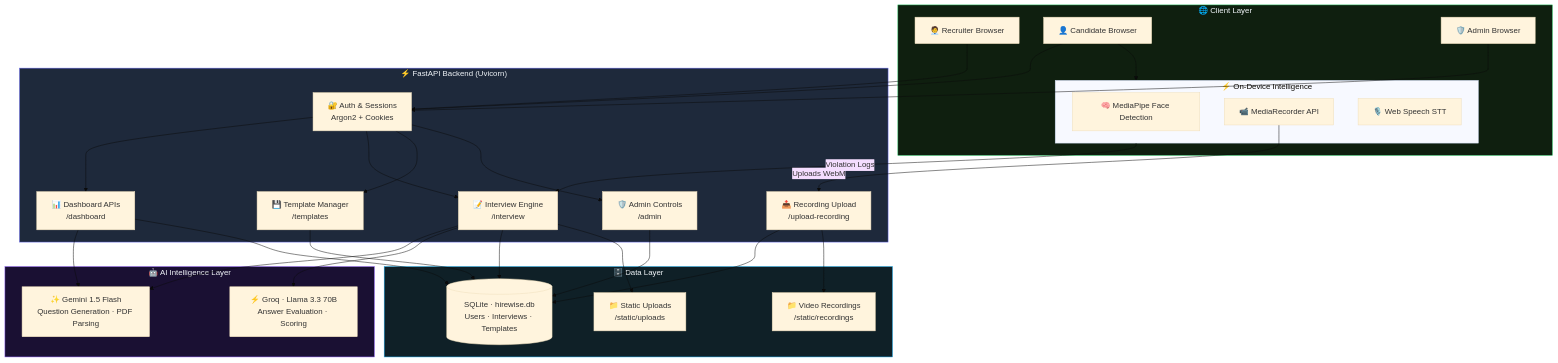
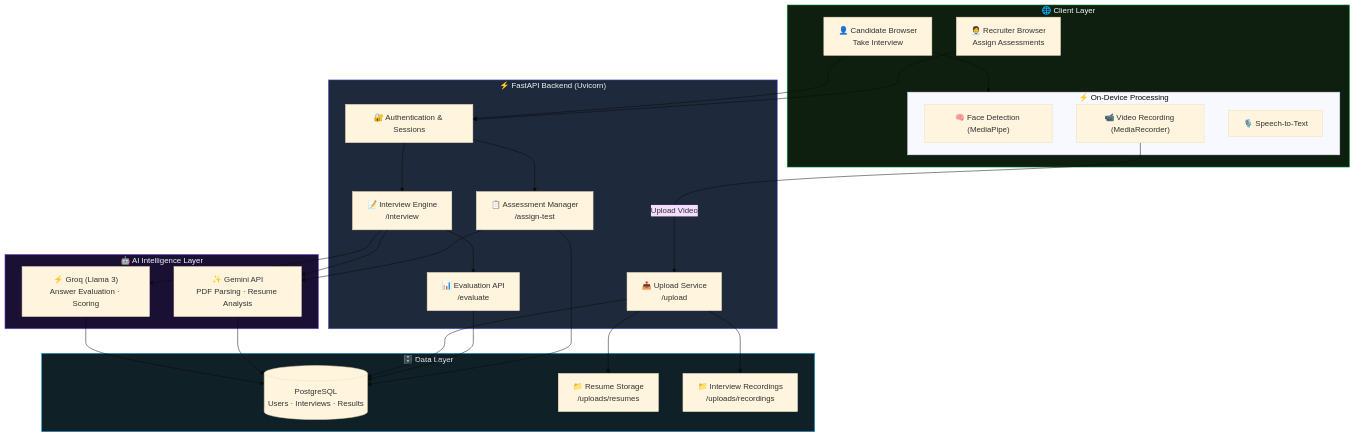
Before and after one commit to rahul15-manch/HireWise: the diagram in README.md, drawn with Mermaid (base theme).

Commit message:
Update system architecture diagram in README

````diff
--- a/README.md
+++ b/README.md
@@ -51,73 +50,76 @@
 ```mermaid
+
 flowchart TD
 
 %% ================= CLIENT LAYER =================
 subgraph Clients["🌐 Client Layer"]
-    R["🧑‍💼 Recruiter Browser"]
-    C["👤 Candidate Browser"]
-    A["🛡️ Admin Browser"]
+    R["🧑‍💼 Recruiter Browser<br/>Assign Assessments"]
+    C["👤 Candidate Browser<br/>Take Interview"]
 
-    subgraph CandidateLogic["⚡ On-Device Intelligence"]
-        MP["🧠 MediaPipe Face Detection"]
-        MR["📹 MediaRecorder API"]
-        STT["🎙️ Web Speech STT"]
+    subgraph CandidateLogic["⚡ On-Device Processing"]
+        MP["🧠 Face Detection (MediaPipe)"]
+        MR["📹 Video Recording (MediaRecorder)"]
+        STT["🎙️ Speech-to-Text"]
     end
 
     C --> CandidateLogic
 end
 
 %% ================= BACKEND =================
-subgraph FastAPI["⚡ FastAPI Backend (Uvicorn)"]
-    Auth["🔐 Auth & Sessions<br/>Argon2 + Cookies"]
-    Dash["📊 Dashboard APIs<br/>/dashboard"]
+subgraph Backend["⚡ FastAPI Backend (Uvicorn)"]
+    Auth["🔐 Authentication & Sessions"]
+    Assess["📋 Assessment Manager<br/>/assign-test"]
     IV["📝 Interview Engine<br/>/interview"]
-    Tmpl["💾 Template Manager<br/>/templates"]
-    Admin["🛡️ Admin Controls<br/>/admin"]
-    UP["📤 Recording Upload<br/>/upload-recording"]
+    Eval["📊 Evaluation API<br/>/evaluate"]
+    Upload["📤 Upload Service<br/>/upload"]
 end
 
-%% ================= AI SERVICES =================
+%% ================= AI LAYER =================
 subgraph AI["🤖 AI Intelligence Layer"]
-    Gemini["✨ Gemini 1.5 Flash<br/>Question Generation · PDF Parsing"]
-    Groq["⚡ Groq · Llama 3.3 70B<br/>Answer Evaluation · Scoring"]
+    Gemini["✨ Gemini API<br/>PDF Parsing · Resume Analysis"]
+    Groq["⚡ Groq (Llama 3)<br/>Answer Evaluation · Scoring"]
 end
 
 %% ================= STORAGE =================
 subgraph Storage["🗄️ Data Layer"]
-    DB[("SQLite · hirewise.db<br/>Users · Interviews · Templates")]
-    Files["📁 Static Uploads<br/>/static/uploads"]
-    Recs["📁 Video Recordings<br/>/static/recordings"]
+    DB[("PostgreSQL<br/>Users · Interviews · Results")]
+    Files["📁 Resume Storage<br/>/uploads/resumes"]
+    Recs["📁 Interview Recordings<br/>/uploads/recordings"]
 end
 
 %% ================= FLOWS =================
+
+%% Recruiter Flow
 R --> Auth
+Auth --> Assess
+Assess --> DB
+Assess --> Gemini
+
+%% Candidate Flow
 C --> Auth
-A --> Auth
+Auth --> IV
 
-Auth --> Dash
-Auth --> IV
-Auth --> Tmpl
-Auth --> Admin
-
-Dash --> Gemini
+%% Interview Process
 IV --> Gemini
 IV --> Groq
+IV --> Eval
 
-Dash --> DB
-IV --> DB
-Tmpl --> DB
-Admin --> DB
-UP --> DB
+%% Storage
+Eval --> DB
+Upload --> Files
+Upload --> Recs
+Upload --> DB
 
-IV --> Files
-MR -- "Uploads WebM" --> UP
-UP --> Recs
+%% Recording Flow
+MR -- "Upload Video" --> Upload
 
-CandidateLogic -- "Violation Logs" --> IV
+%% AI Integration
+Gemini --> DB
+Groq --> DB
 
 %% ================= STYLING =================
-style FastAPI fill:#1e293b,stroke:#6366f1,color:#f1f5f9
+style Backend fill:#1e293b,stroke:#6366f1,color:#f1f5f9
 style AI fill:#1a1033,stroke:#8b5cf6,color:#f1f5f9
 style Storage fill:#0f2027,stroke:#0ea5e9,color:#f1f5f9
 style Clients fill:#0f1f0f,stroke:#22c55e,color:#f1f5f9
 ```
````
